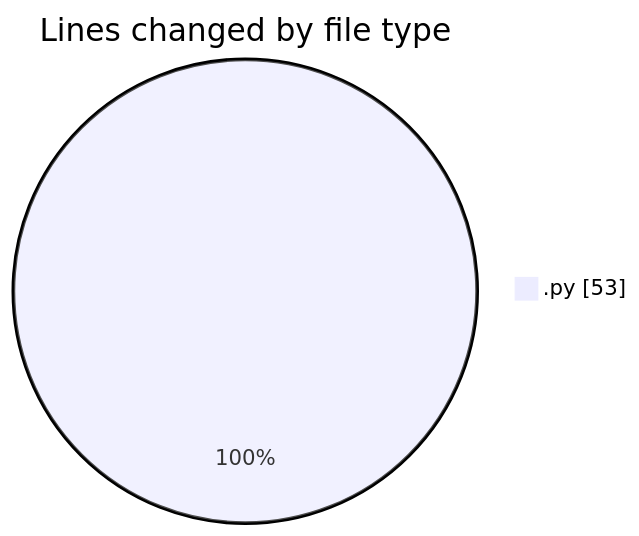
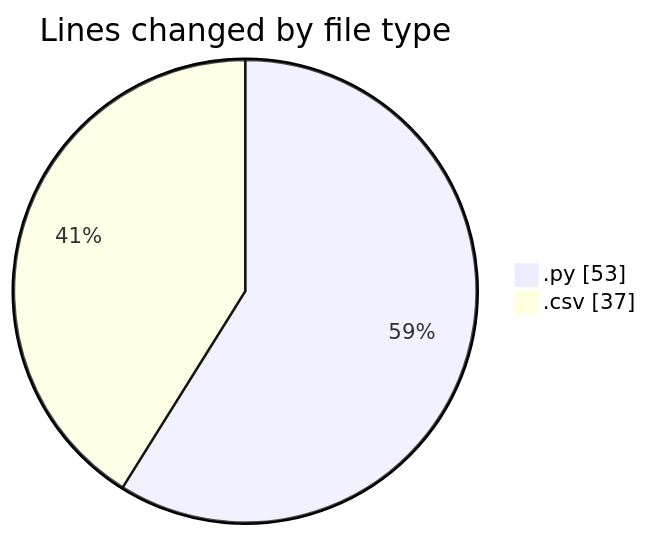
Before and after one commit to MatusMokan/code-tracking: the first of 2 diagrams in 2025-04-11/myws__workspace_/README.md, drawn with Mermaid. The commit also changed other lines of this file and 1 other file, not shown here.

````diff
--- a/2025-04-11/myws__workspace_/README.md
+++ b/2025-04-11/myws__workspace_/README.md
@@ -20,5 +21,6 @@
 ```mermaid
 pie showData
 title Lines changed by file type
 ".py" : 53
+".csv" : 37
 ```
````
